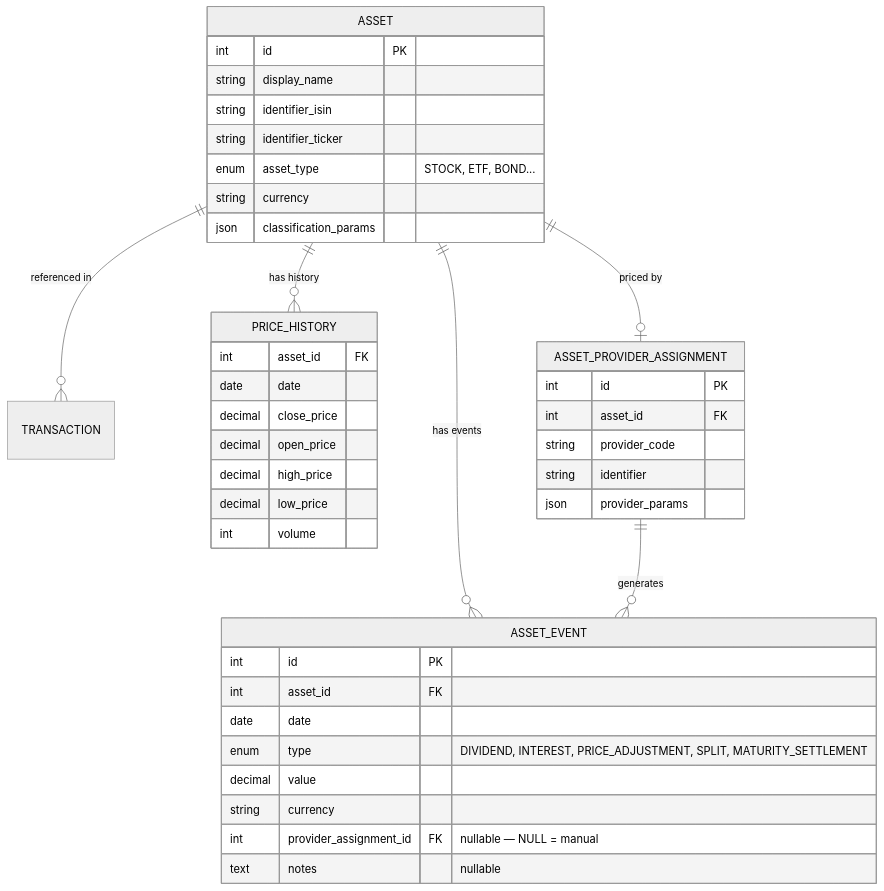
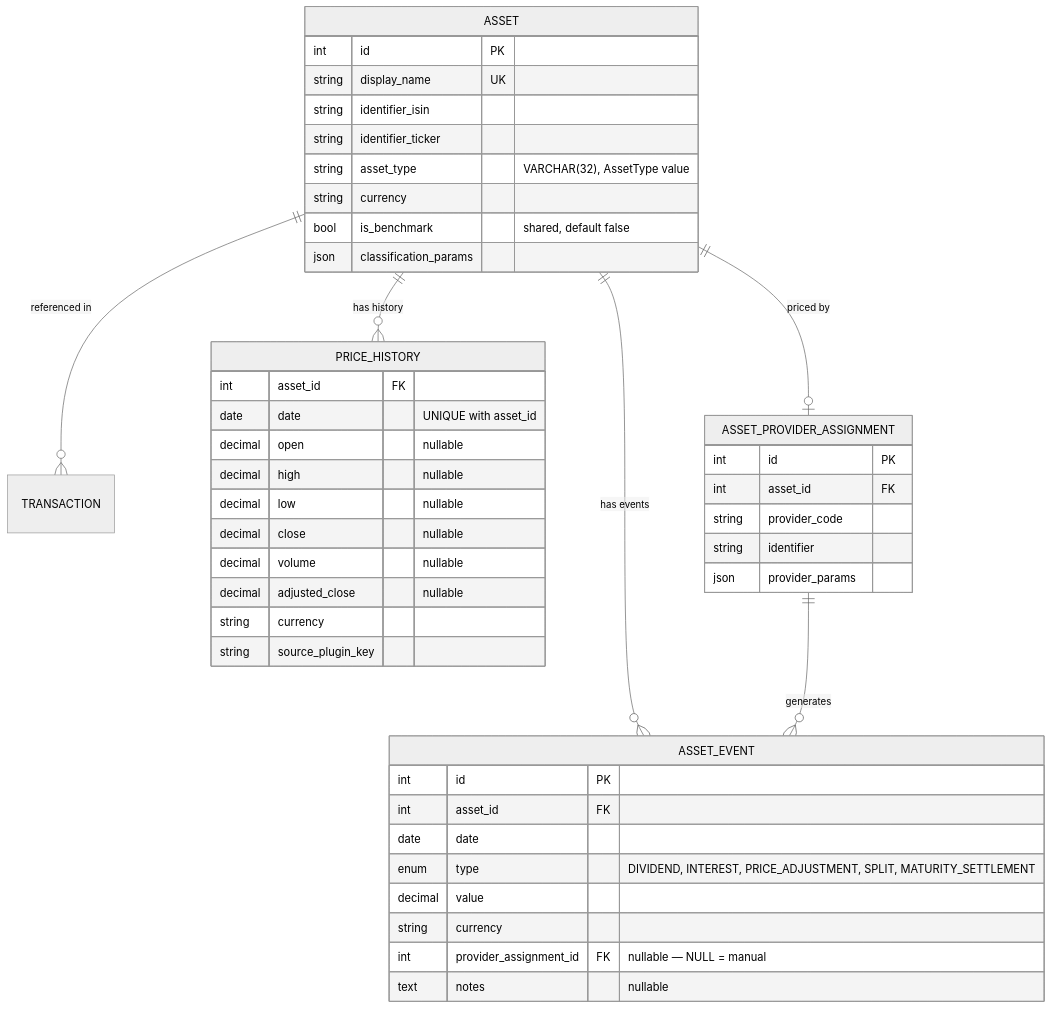
The diagram in mkdocs_src/docs/developer/architecture/database/assets_pricing.md (Librefolio/LibreFolio), drawn with Mermaid (neutral theme) before and after one commit. The commit also changed other lines of this file and 48 other files, not shown here.

````diff
--- a/mkdocs_src/docs/developer/architecture/database/assets_pricing.md
+++ b/mkdocs_src/docs/developer/architecture/database/assets_pricing.md
@@ -7,47 +7,51 @@
 ```mermaid
 erDiagram
     ASSET ||--o{ TRANSACTION : "referenced in"
     ASSET ||--o{ PRICE_HISTORY : "has history"
     ASSET ||--o| ASSET_PROVIDER_ASSIGNMENT : "priced by"
     ASSET ||--o{ ASSET_EVENT : "has events"
     ASSET_PROVIDER_ASSIGNMENT ||--o{ ASSET_EVENT : "generates"
 
     ASSET {
         int id PK
-        string display_name
+        string display_name UK
         string identifier_isin
         string identifier_ticker
-        enum asset_type "STOCK, ETF, BOND..."
+        string asset_type "VARCHAR(32), AssetType value"
         string currency
+        bool is_benchmark "shared, default false"
         json classification_params
     }
 
     PRICE_HISTORY {
         int asset_id FK
-        date date
-        decimal close_price
-        decimal open_price
-        decimal high_price
-        decimal low_price
-        int volume
+        date date "UNIQUE with asset_id"
+        decimal open "nullable"
+        decimal high "nullable"
+        decimal low "nullable"
+        decimal close "nullable"
+        decimal volume "nullable"
+        decimal adjusted_close "nullable"
+        string currency
+        string source_plugin_key
     }
 
     ASSET_PROVIDER_ASSIGNMENT {
         int id PK
         int asset_id FK
         string provider_code
         string identifier
         json provider_params
     }
 
     ASSET_EVENT {
         int id PK
         int asset_id FK
         date date
         enum type "DIVIDEND, INTEREST, PRICE_ADJUSTMENT, SPLIT, MATURITY_SETTLEMENT"
         decimal value
         string currency
         int provider_assignment_id FK "nullable — NULL = manual"
         text notes "nullable"
     }
 ```
````
